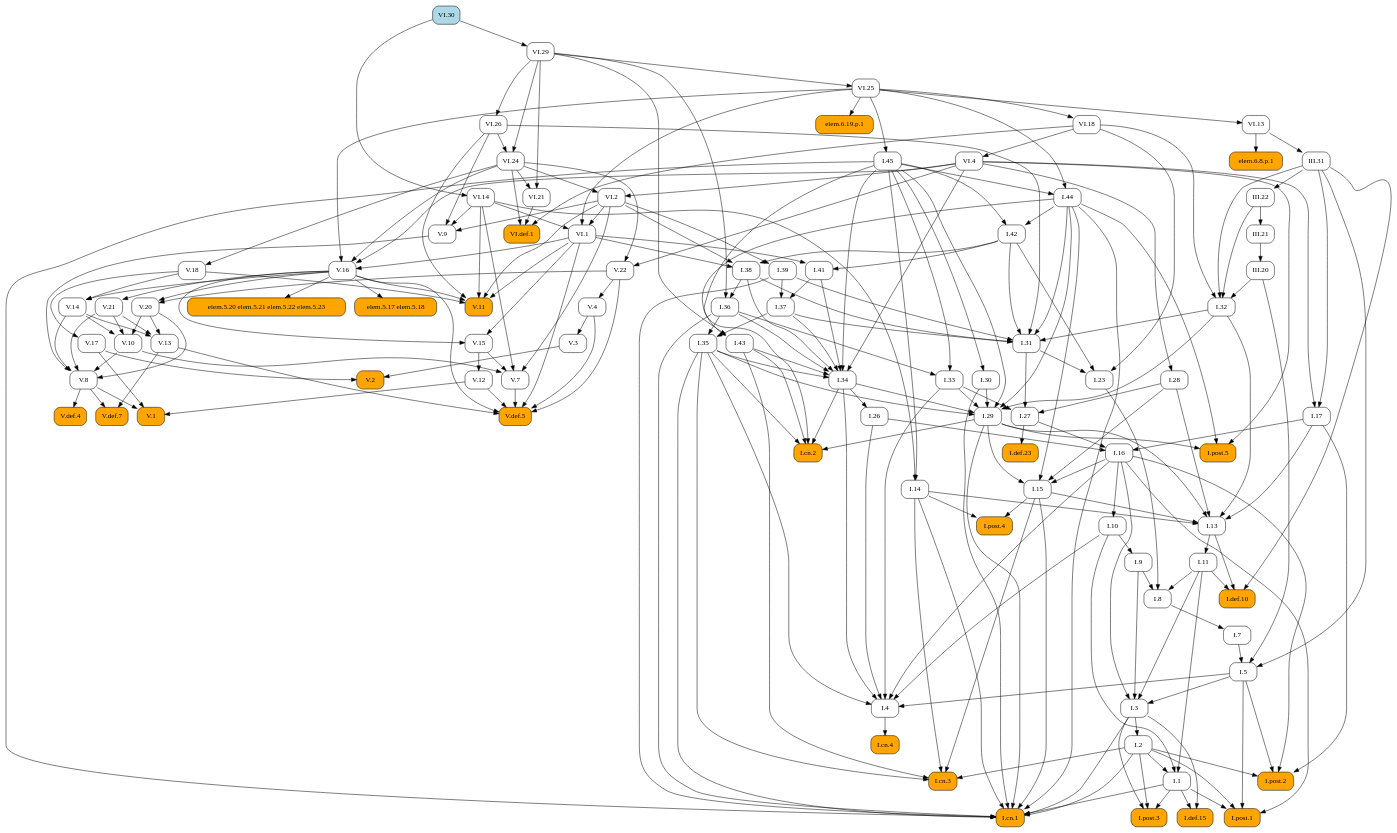
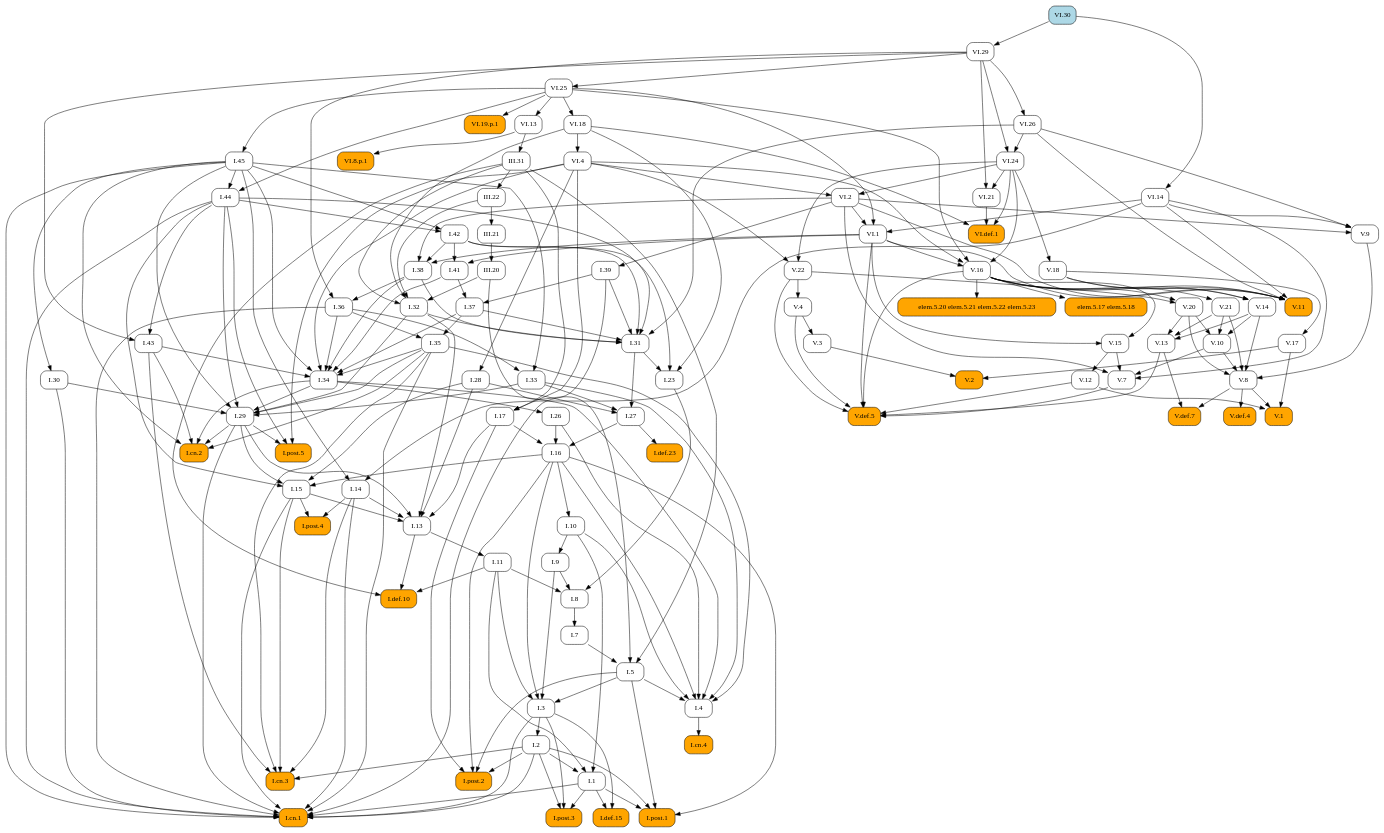
Before and after one commit to geometor/elements: the diagram in docsrc/heath/VI/30/index.rst, drawn with Graphviz. The commit also changed 484 other files, not shown here.

```diff
--- a/docsrc/heath/VI/30/index.rst
+++ b/docsrc/heath/VI/30/index.rst
@@ -73,161 +73,156 @@
    digraph {
      rankdir="TB";
      node [shape=box, style=rounded];
+     "I.23" [URL="/heath/I/23/", target="_top"];
+     "I.9" [URL="/heath/I/9/", target="_top"];
+     "VI.def.1" [style="rounded,filled", fillcolor=orange, URL="/heath/VI/def.1/", target="_top"];
+     "V.13" [URL="/heath/V/13/", target="_top"];
+     "I.def.15" [style="rounded,filled", fillcolor=orange, URL="/heath/I/def.15/", target="_top"];
+     "V.7" [URL="/heath/V/7/", target="_top"];
+     "elem.5.17 elem.5.18" [style="rounded,filled", fillcolor=orange];
+     "I.post.1" [style="rounded,filled", fillcolor=orange, URL="/heath/I/post.1/", target="_top"];
+     "V.14" [URL="/heath/V/14/", target="_top"];
+     "III.20" [URL="/heath/III/20/", target="_top"];
+     "I.43" [URL="/heath/I/43/", target="_top"];
+     "V.9" [URL="/heath/V/9/", target="_top"];
+     "I.30" [URL="/heath/I/30/", target="_top"];
+     "I.31" [URL="/heath/I/31/", target="_top"];
+     "III.22" [URL="/heath/III/22/", target="_top"];
      "I.def.10" [style="rounded,filled", fillcolor=orange, URL="/heath/I/def.10/", target="_top"];
+     "V.10" [URL="/heath/V/10/", target="_top"];
+     "V.4" [URL="/heath/V/4/", target="_top"];
+     "VI.8.p.1" [style="rounded,filled", fillcolor=orange];
+     "VI.1" [URL="/heath/VI/1/", target="_top"];
+     "VI.30" [style="rounded,filled", fillcolor=lightblue, URL="/heath/VI/30/", target="_top"];
+     "VI.14" [URL="/heath/VI/14/", target="_top"];
+     "I.39" [URL="/heath/I/39/", target="_top"];
+     "I.14" [URL="/heath/I/14/", target="_top"];
+     "V.11" [style="rounded,filled", fillcolor=orange, URL="/heath/V/11/", target="_top"];
+     "V.17" [URL="/heath/V/17/", target="_top"];
+     "I.34" [URL="/heath/I/34/", target="_top"];
+     "I.3" [URL="/heath/I/3/", target="_top"];
+     "VI.25" [URL="/heath/VI/25/", target="_top"];
+     "VI.29" [URL="/heath/VI/29/", target="_top"];
+     "V.def.4" [style="rounded,filled", fillcolor=orange, URL="/heath/V/def.4/", target="_top"];
+     "V.def.7" [style="rounded,filled", fillcolor=orange, URL="/heath/V/def.7/", target="_top"];
+     "V.21" [URL="/heath/V/21/", target="_top"];
+     "I.2" [URL="/heath/I/2/", target="_top"];
+     "V.3" [URL="/heath/V/3/", target="_top"];
+     "I.13" [URL="/heath/I/13/", target="_top"];
+     "I.post.4" [style="rounded,filled", fillcolor=orange, URL="/heath/I/post.4/", target="_top"];
+     "I.4" [URL="/heath/I/4/", target="_top"];
+     "I.1" [URL="/heath/I/1/", target="_top"];
+     "I.8" [URL="/heath/I/8/", target="_top"];
+     "I.17" [URL="/heath/I/17/", target="_top"];
+     "I.45" [URL="/heath/I/45/", target="_top"];
+     "I.29" [URL="/heath/I/29/", target="_top"];
+     "V.8" [URL="/heath/V/8/", target="_top"];
+     "I.38" [URL="/heath/I/38/", target="_top"];
+     "VI.24" [URL="/heath/VI/24/", target="_top"];
+     "I.15" [URL="/heath/I/15/", target="_top"];
+     "I.10" [URL="/heath/I/10/", target="_top"];
      "I.11" [URL="/heath/I/11/", target="_top"];
-     "I.post.4" [style="rounded,filled", fillcolor=orange, URL="/heath/I/post.4/", target="_top"];
-     "I.1" [URL="/heath/I/1/", target="_top"];
-     "I.28" [URL="/heath/I/28/", target="_top"];
+     "I.def.23" [style="rounded,filled", fillcolor=orange, URL="/heath/I/def.23/", target="_top"];
+     "VI.21" [URL="/heath/VI/21/", target="_top"];
+     "I.44" [URL="/heath/I/44/", target="_top"];
+     "VI.4" [URL="/heath/VI/4/", target="_top"];
+     "I.26" [URL="/heath/I/26/", target="_top"];
+     "V.16" [URL="/heath/V/16/", target="_top"];
+     "I.33" [URL="/heath/I/33/", target="_top"];
+     "I.32" [URL="/heath/I/32/", target="_top"];
+     "VI.26" [URL="/heath/VI/26/", target="_top"];
+     "I.post.3" [style="rounded,filled", fillcolor=orange, URL="/heath/I/post.3/", target="_top"];
+     "V.def.5" [style="rounded,filled", fillcolor=orange, URL="/heath/V/def.5/", target="_top"];
+     "I.42" [URL="/heath/I/42/", target="_top"];
+     "VI.13" [URL="/heath/VI/13/", target="_top"];
+     "V.20" [URL="/heath/V/20/", target="_top"];
+     "I.27" [URL="/heath/I/27/", target="_top"];
+     "V.12" [URL="/heath/V/12/", target="_top"];
+     "I.35" [URL="/heath/I/35/", target="_top"];
+     "I.cn.1" [style="rounded,filled", fillcolor=orange, URL="/heath/I/cn.1/", target="_top"];
+     "V.2" [style="rounded,filled", fillcolor=orange, URL="/heath/V/2/", target="_top"];
+     "I.7" [URL="/heath/I/7/", target="_top"];
+     "I.36" [URL="/heath/I/36/", target="_top"];
+     "I.5" [URL="/heath/I/5/", target="_top"];
+     "I.37" [URL="/heath/I/37/", target="_top"];
+     "VI.19.p.1" [style="rounded,filled", fillcolor=orange];
+     "V.18" [URL="/heath/V/18/", target="_top"];
+     "I.cn.3" [style="rounded,filled", fillcolor=orange, URL="/heath/I/cn.3/", target="_top"];
+     "I.16" [URL="/heath/I/16/", target="_top"];
+     "III.31" [URL="/heath/III/31/", target="_top"];
      "VI.18" [URL="/heath/VI/18/", target="_top"];
-     "VI.21" [URL="/heath/VI/21/", target="_top"];
-     "V.def.5" [style="rounded,filled", fillcolor=orange, URL="/heath/V/def.5/", target="_top"];
-     "III.20" [URL="/heath/III/20/", target="_top"];
-     "VI.29" [URL="/heath/VI/29/", target="_top"];
-     "III.31" [URL="/heath/III/31/", target="_top"];
-     "V.13" [URL="/heath/V/13/", target="_top"];
-     "V.11" [style="rounded,filled", fillcolor=orange, URL="/heath/V/11/", target="_top"];
-     "VI.30" [style="rounded,filled", fillcolor=lightblue, URL="/heath/VI/30/", target="_top"];
-     "I.post.3" [style="rounded,filled", fillcolor=orange, URL="/heath/I/post.3/", target="_top"];
-     "VI.1" [URL="/heath/VI/1/", target="_top"];
-     "I.cn.3" [style="rounded,filled", fillcolor=orange, URL="/heath/I/cn.3/", target="_top"];
-     "I.14" [URL="/heath/I/14/", target="_top"];
-     "V.16" [URL="/heath/V/16/", target="_top"];
-     "VI.4" [URL="/heath/VI/4/", target="_top"];
-     "V.3" [URL="/heath/V/3/", target="_top"];
-     "I.36" [URL="/heath/I/36/", target="_top"];
-     "V.8" [URL="/heath/V/8/", target="_top"];
-     "I.41" [URL="/heath/I/41/", target="_top"];
-     "I.27" [URL="/heath/I/27/", target="_top"];
-     "I.37" [URL="/heath/I/37/", target="_top"];
-     "I.34" [URL="/heath/I/34/", target="_top"];
-     "I.2" [URL="/heath/I/2/", target="_top"];
-     "I.def.23" [style="rounded,filled", fillcolor=orange, URL="/heath/I/def.23/", target="_top"];
-     "I.33" [URL="/heath/I/33/", target="_top"];
-     "I.17" [URL="/heath/I/17/", target="_top"];
-     "I.post.2" [style="rounded,filled", fillcolor=orange, URL="/heath/I/post.2/", target="_top"];
-     "I.45" [URL="/heath/I/45/", target="_top"];
-     "VI.def.1" [style="rounded,filled", fillcolor=orange, URL="/heath/VI/def.1/", target="_top"];
-     "I.42" [URL="/heath/I/42/", target="_top"];
-     "elem.5.20 elem.5.21 elem.5.22 elem.5.23" [style="rounded,filled", fillcolor=orange];
-     "I.9" [URL="/heath/I/9/", target="_top"];
-     "VI.26" [URL="/heath/VI/26/", target="_top"];
-     "I.32" [URL="/heath/I/32/", target="_top"];
-     "V.def.4" [style="rounded,filled", fillcolor=orange, URL="/heath/V/def.4/", target="_top"];
-     "I.cn.4" [style="rounded,filled", fillcolor=orange, URL="/heath/I/cn.4/", target="_top"];
-     "I.15" [URL="/heath/I/15/", target="_top"];
-     "III.22" [URL="/heath/III/22/", target="_top"];
-     "I.38" [URL="/heath/I/38/", target="_top"];
-     "V.def.7" [style="rounded,filled", fillcolor=orange, URL="/heath/V/def.7/", target="_top"];
-     "I.5" [URL="/heath/I/5/", target="_top"];
-     "V.21" [URL="/heath/V/21/", target="_top"];
-     "I.39" [URL="/heath/I/39/", target="_top"];
-     "I.26" [URL="/heath/I/26/", target="_top"];
-     "V.14" [URL="/heath/V/14/", target="_top"];
-     "I.29" [URL="/heath/I/29/", target="_top"];
-     "V.12" [URL="/heath/V/12/", target="_top"];
+     "V.1" [style="rounded,filled", fillcolor=orange, URL="/heath/V/1/", target="_top"];
      "V.22" [URL="/heath/V/22/", target="_top"];
      "I.cn.2" [style="rounded,filled", fillcolor=orange, URL="/heath/I/cn.2/", target="_top"];
-     "V.20" [URL="/heath/V/20/", target="_top"];
-     "V.10" [URL="/heath/V/10/", target="_top"];
+     "I.post.5" [style="rounded,filled", fillcolor=orange, URL="/heath/I/post.5/", target="_top"];
      "VI.2" [URL="/heath/VI/2/", target="_top"];
-     "I.def.15" [style="rounded,filled", fillcolor=orange, URL="/heath/I/def.15/", target="_top"];
+     "I.cn.4" [style="rounded,filled", fillcolor=orange, URL="/heath/I/cn.4/", target="_top"];
+     "I.28" [URL="/heath/I/28/", target="_top"];
      "V.15" [URL="/heath/V/15/", target="_top"];
-     "I.cn.1" [style="rounded,filled", fillcolor=orange, URL="/heath/I/cn.1/", target="_top"];
-     "I.30" [URL="/heath/I/30/", target="_top"];
-     "V.7" [URL="/heath/V/7/", target="_top"];
-     "V.9" [URL="/heath/V/9/", target="_top"];
-     "V.18" [URL="/heath/V/18/", target="_top"];
-     "I.23" [URL="/heath/I/23/", target="_top"];
-     "VI.25" [URL="/heath/VI/25/", target="_top"];
-     "I.43" [URL="/heath/I/43/", target="_top"];
-     "I.post.1" [style="rounded,filled", fillcolor=orange, URL="/heath/I/post.1/", target="_top"];
-     "elem.6.19.p.1" [style="rounded,filled", fillcolor=orange];
-     "I.35" [URL="/heath/I/35/", target="_top"];
-     "I.7" [URL="/heath/I/7/", target="_top"];
-     "I.3" [URL="/heath/I/3/", target="_top"];
-     "I.4" [URL="/heath/I/4/", target="_top"];
-     "I.13" [URL="/heath/I/13/", target="_top"];
-     "V.17" [URL="/heath/V/17/", target="_top"];
-     "V.4" [URL="/heath/V/4/", target="_top"];
-     "I.31" [URL="/heath/I/31/", target="_top"];
-     "V.1" [style="rounded,filled", fillcolor=orange, URL="/heath/V/1/", target="_top"];
-     "VI.24" [URL="/heath/VI/24/", target="_top"];
-     "I.16" [URL="/heath/I/16/", target="_top"];
-     "elem.5.17 elem.5.18" [style="rounded,filled", fillcolor=orange];
-     "I.8" [URL="/heath/I/8/", target="_top"];
-     "VI.14" [URL="/heath/VI/14/", target="_top"];
-     "V.2" [style="rounded,filled", fillcolor=orange, URL="/heath/V/2/", target="_top"];
-     "VI.13" [URL="/heath/VI/13/", target="_top"];
+     "I.41" [URL="/heath/I/41/", target="_top"];
+     "I.post.2" [style="rounded,filled", fillcolor=orange, URL="/heath/I/post.2/", target="_top"];
      "III.21" [URL="/heath/III/21/", target="_top"];
-     "I.post.5" [style="rounded,filled", fillcolor=orange, URL="/heath/I/post.5/", target="_top"];
-     "I.44" [URL="/heath/I/44/", target="_top"];
-     "elem.6.8.p.1" [style="rounded,filled", fillcolor=orange];
-     "I.10" [URL="/heath/I/10/", target="_top"];
+     "elem.5.20 elem.5.21 elem.5.22 elem.5.23" [style="rounded,filled", fillcolor=orange];
+     "I.31" -> "I.23";
+     "I.42" -> "I.23";
+     "VI.18" -> "I.23";
+     "I.10" -> "I.9";
+     "VI.18" -> "VI.def.1";
+     "VI.21" -> "VI.def.1";
+     "VI.24" -> "VI.def.1";
+     "V.14" -> "V.13";
+     "V.20" -> "V.13";
+     "V.21" -> "V.13";
+     "I.1" -> "I.def.15";
+     "I.3" -> "I.def.15";
+     "V.10" -> "V.7";
+     "V.15" -> "V.7";
+     "VI.2" -> "V.7";
+     "VI.14" -> "V.7";
+     "V.16" -> "elem.5.17 elem.5.18";
+     "I.1" -> "I.post.1";
+     "I.2" -> "I.post.1";
+     "I.5" -> "I.post.1";
+     "I.16" -> "I.post.1";
+     "V.16" -> "V.14";
+     "V.18" -> "V.14";
+     "III.21" -> "III.20";
+     "I.44" -> "I.43";
+     "VI.29" -> "I.43";
+     "VI.2" -> "V.9";
+     "VI.14" -> "V.9";
+     "VI.26" -> "V.9";
+     "I.45" -> "I.30";
+     "I.32" -> "I.31";
+     "I.37" -> "I.31";
+     "I.38" -> "I.31";
+     "I.39" -> "I.31";
+     "I.42" -> "I.31";
+     "I.44" -> "I.31";
+     "VI.26" -> "I.31";
+     "III.31" -> "III.22";
      "I.11" -> "I.def.10";
      "I.13" -> "I.def.10";
      "III.31" -> "I.def.10";
-     "I.13" -> "I.11";
-     "I.14" -> "I.post.4";
-     "I.15" -> "I.post.4";
-     "I.2" -> "I.1";
-     "I.10" -> "I.1";
-     "I.11" -> "I.1";
-     "VI.4" -> "I.28";
-     "VI.25" -> "VI.18";
-     "VI.24" -> "VI.21";
-     "VI.29" -> "VI.21";
-     "V.4" -> "V.def.5";
-     "V.7" -> "V.def.5";
-     "V.12" -> "V.def.5";
-     "V.13" -> "V.def.5";
-     "V.16" -> "V.def.5";
-     "V.22" -> "V.def.5";
-     "VI.1" -> "V.def.5";
-     "III.21" -> "III.20";
-     "VI.30" -> "VI.29";
-     "VI.13" -> "III.31";
-     "V.14" -> "V.13";
-     "V.20" -> "V.13";
-     "V.21" -> "V.13";
+     "V.14" -> "V.10";
+     "V.20" -> "V.10";
+     "V.21" -> "V.10";
+     "V.22" -> "V.4";
+     "VI.13" -> "VI.8.p.1";
+     "VI.2" -> "VI.1";
+     "VI.14" -> "VI.1";
+     "VI.25" -> "VI.1";
+     "VI.30" -> "VI.14";
+     "VI.2" -> "I.39";
+     "I.45" -> "I.14";
+     "VI.14" -> "I.14";
      "V.16" -> "V.11";
      "V.18" -> "V.11";
      "VI.1" -> "V.11";
      "VI.2" -> "V.11";
      "VI.14" -> "V.11";
      "VI.26" -> "V.11";
-     "I.1" -> "I.post.3";
-     "I.2" -> "I.post.3";
-     "I.3" -> "I.post.3";
-     "VI.2" -> "VI.1";
-     "VI.14" -> "VI.1";
-     "VI.25" -> "VI.1";
-     "I.2" -> "I.cn.3";
-     "I.14" -> "I.cn.3";
-     "I.15" -> "I.cn.3";
-     "I.35" -> "I.cn.3";
-     "I.43" -> "I.cn.3";
-     "I.45" -> "I.14";
-     "VI.14" -> "I.14";
-     "VI.1" -> "V.16";
-     "VI.4" -> "V.16";
-     "VI.24" -> "V.16";
-     "VI.25" -> "V.16";
-     "VI.18" -> "VI.4";
-     "V.4" -> "V.3";
-     "I.38" -> "I.36";
-     "VI.29" -> "I.36";
-     "V.9" -> "V.8";
-     "V.10" -> "V.8";
-     "V.14" -> "V.8";
-     "V.20" -> "V.8";
-     "V.21" -> "V.8";
-     "I.42" -> "I.41";
-     "VI.1" -> "I.41";
-     "I.28" -> "I.27";
-     "I.31" -> "I.27";
-     "I.33" -> "I.27";
-     "I.39" -> "I.37";
-     "I.41" -> "I.37";
+     "V.18" -> "V.17";
      "I.35" -> "I.34";
      "I.36" -> "I.34";
      "I.37" -> "I.34";
@@ -236,49 +231,42 @@
      "I.43" -> "I.34";
      "I.45" -> "I.34";
      "VI.4" -> "I.34";
+     "I.5" -> "I.3";
+     "I.9" -> "I.3";
+     "I.11" -> "I.3";
+     "I.16" -> "I.3";
+     "VI.29" -> "VI.25";
+     "VI.30" -> "VI.29";
+     "V.8" -> "V.def.4";
+     "V.8" -> "V.def.7";
+     "V.13" -> "V.def.7";
+     "V.16" -> "V.21";
      "I.3" -> "I.2";
-     "I.27" -> "I.def.23";
-     "I.36" -> "I.33";
-     "I.45" -> "I.33";
+     "V.4" -> "V.3";
+     "I.14" -> "I.13";
+     "I.15" -> "I.13";
+     "I.17" -> "I.13";
+     "I.28" -> "I.13";
+     "I.29" -> "I.13";
+     "I.32" -> "I.13";
+     "I.14" -> "I.post.4";
+     "I.15" -> "I.post.4";
+     "I.5" -> "I.4";
+     "I.10" -> "I.4";
+     "I.16" -> "I.4";
+     "I.26" -> "I.4";
+     "I.33" -> "I.4";
+     "I.34" -> "I.4";
+     "I.35" -> "I.4";
+     "I.2" -> "I.1";
+     "I.10" -> "I.1";
+     "I.11" -> "I.1";
+     "I.9" -> "I.8";
+     "I.11" -> "I.8";
+     "I.23" -> "I.8";
      "III.31" -> "I.17";
      "VI.4" -> "I.17";
-     "I.2" -> "I.post.2";
-     "I.5" -> "I.post.2";
-     "I.16" -> "I.post.2";
-     "I.17" -> "I.post.2";
      "VI.25" -> "I.45";
-     "VI.18" -> "VI.def.1";
-     "VI.21" -> "VI.def.1";
-     "VI.24" -> "VI.def.1";
-     "I.44" -> "I.42";
-     "I.45" -> "I.42";
-     "V.16" -> "elem.5.20 elem.5.21 elem.5.22 elem.5.23";
-     "I.10" -> "I.9";
-     "VI.29" -> "VI.26";
-     "III.20" -> "I.32";
-     "III.22" -> "I.32";
-     "III.31" -> "I.32";
-     "VI.18" -> "I.32";
-     "V.8" -> "V.def.4";
-     "I.4" -> "I.cn.4";
-     "I.16" -> "I.15";
-     "I.28" -> "I.15";
-     "I.29" -> "I.15";
-     "I.44" -> "I.15";
-     "III.31" -> "III.22";
-     "I.42" -> "I.38";
-     "VI.1" -> "I.38";
-     "VI.2" -> "I.38";
-     "V.8" -> "V.def.7";
-     "V.13" -> "V.def.7";
-     "I.7" -> "I.5";
-     "III.20" -> "I.5";
-     "III.31" -> "I.5";
-     "V.16" -> "V.21";
-     "VI.2" -> "I.39";
-     "I.34" -> "I.26";
-     "V.16" -> "V.14";
-     "V.18" -> "V.14";
      "I.30" -> "I.29";
      "I.32" -> "I.29";
      "I.33" -> "I.29";
@@ -286,25 +274,61 @@
      "I.35" -> "I.29";
      "I.44" -> "I.29";
      "I.45" -> "I.29";
-     "V.15" -> "V.12";
-     "VI.4" -> "V.22";
-     "VI.24" -> "V.22";
-     "I.29" -> "I.cn.2";
-     "I.34" -> "I.cn.2";
-     "I.35" -> "I.cn.2";
-     "I.43" -> "I.cn.2";
-     "I.45" -> "I.cn.2";
+     "V.9" -> "V.8";
+     "V.10" -> "V.8";
+     "V.14" -> "V.8";
+     "V.20" -> "V.8";
+     "V.21" -> "V.8";
+     "I.42" -> "I.38";
+     "VI.1" -> "I.38";
+     "VI.2" -> "I.38";
+     "VI.26" -> "VI.24";
+     "VI.29" -> "VI.24";
+     "I.16" -> "I.15";
+     "I.28" -> "I.15";
+     "I.29" -> "I.15";
+     "I.44" -> "I.15";
+     "I.16" -> "I.10";
+     "I.13" -> "I.11";
+     "I.27" -> "I.def.23";
+     "VI.24" -> "VI.21";
+     "VI.29" -> "VI.21";
+     "I.45" -> "I.44";
+     "VI.25" -> "I.44";
+     "VI.18" -> "VI.4";
+     "I.34" -> "I.26";
+     "VI.1" -> "V.16";
+     "VI.4" -> "V.16";
+     "VI.24" -> "V.16";
+     "VI.25" -> "V.16";
+     "I.36" -> "I.33";
+     "I.45" -> "I.33";
+     "III.20" -> "I.32";
+     "III.22" -> "I.32";
+     "III.31" -> "I.32";
+     "VI.18" -> "I.32";
+     "VI.29" -> "VI.26";
+     "I.1" -> "I.post.3";
+     "I.2" -> "I.post.3";
+     "I.3" -> "I.post.3";
+     "V.4" -> "V.def.5";
+     "V.7" -> "V.def.5";
+     "V.12" -> "V.def.5";
+     "V.13" -> "V.def.5";
+     "V.16" -> "V.def.5";
+     "V.22" -> "V.def.5";
+     "VI.1" -> "V.def.5";
+     "I.44" -> "I.42";
+     "I.45" -> "I.42";
+     "VI.25" -> "VI.13";
      "V.16" -> "V.20";
      "V.22" -> "V.20";
-     "V.14" -> "V.10";
-     "V.20" -> "V.10";
-     "V.21" -> "V.10";
-     "VI.4" -> "VI.2";
-     "VI.24" -> "VI.2";
-     "I.1" -> "I.def.15";
-     "I.3" -> "I.def.15";
-     "V.16" -> "V.15";
-     "VI.1" -> "V.15";
+     "I.28" -> "I.27";
+     "I.31" -> "I.27";
+     "I.33" -> "I.27";
+     "V.15" -> "V.12";
+     "I.36" -> "I.35";
+     "I.37" -> "I.35";
      "I.1" -> "I.cn.1";
      "I.2" -> "I.cn.1";
      "I.3" -> "I.cn.1";
@@ -317,77 +341,53 @@
      "I.39" -> "I.cn.1";
      "I.44" -> "I.cn.1";
      "I.45" -> "I.cn.1";
-     "I.45" -> "I.30";
-     "V.10" -> "V.7";
-     "V.15" -> "V.7";
-     "VI.2" -> "V.7";
-     "VI.14" -> "V.7";
-     "VI.2" -> "V.9";
-     "VI.14" -> "V.9";
-     "VI.26" -> "V.9";
+     "V.3" -> "V.2";
+     "V.17" -> "V.2";
+     "I.8" -> "I.7";
+     "I.38" -> "I.36";
+     "VI.29" -> "I.36";
+     "I.7" -> "I.5";
+     "III.20" -> "I.5";
+     "III.31" -> "I.5";
+     "I.39" -> "I.37";
+     "I.41" -> "I.37";
+     "VI.25" -> "VI.19.p.1";
      "VI.24" -> "V.18";
-     "I.31" -> "I.23";
-     "I.42" -> "I.23";
-     "VI.18" -> "I.23";
-     "VI.29" -> "VI.25";
-     "I.44" -> "I.43";
-     "VI.29" -> "I.43";
-     "I.1" -> "I.post.1";
-     "I.2" -> "I.post.1";
-     "I.5" -> "I.post.1";
-     "I.16" -> "I.post.1";
-     "VI.25" -> "elem.6.19.p.1";
-     "I.36" -> "I.35";
-     "I.37" -> "I.35";
-     "I.8" -> "I.7";
-     "I.5" -> "I.3";
-     "I.9" -> "I.3";
-     "I.11" -> "I.3";
-     "I.16" -> "I.3";
-     "I.5" -> "I.4";
-     "I.10" -> "I.4";
-     "I.16" -> "I.4";
-     "I.26" -> "I.4";
-     "I.33" -> "I.4";
-     "I.34" -> "I.4";
-     "I.35" -> "I.4";
-     "I.14" -> "I.13";
-     "I.15" -> "I.13";
-     "I.17" -> "I.13";
-     "I.28" -> "I.13";
-     "I.29" -> "I.13";
-     "I.32" -> "I.13";
-     "V.18" -> "V.17";
-     "V.22" -> "V.4";
-     "I.32" -> "I.31";
-     "I.37" -> "I.31";
-     "I.38" -> "I.31";
-     "I.39" -> "I.31";
-     "I.42" -> "I.31";
-     "I.44" -> "I.31";
-     "VI.26" -> "I.31";
+     "I.2" -> "I.cn.3";
+     "I.14" -> "I.cn.3";
+     "I.15" -> "I.cn.3";
+     "I.35" -> "I.cn.3";
+     "I.43" -> "I.cn.3";
+     "I.17" -> "I.16";
+     "I.26" -> "I.16";
+     "I.27" -> "I.16";
+     "VI.13" -> "III.31";
+     "VI.25" -> "VI.18";
      "V.8" -> "V.1";
      "V.12" -> "V.1";
      "V.17" -> "V.1";
-     "VI.26" -> "VI.24";
-     "VI.29" -> "VI.24";
-     "I.17" -> "I.16";
-     "I.26" -> "I.16";
-     "I.27" -> "I.16";
-     "V.16" -> "elem.5.17 elem.5.18";
-     "I.9" -> "I.8";
-     "I.11" -> "I.8";
-     "I.23" -> "I.8";
-     "VI.30" -> "VI.14";
-     "V.3" -> "V.2";
-     "V.17" -> "V.2";
-     "VI.25" -> "VI.13";
-     "III.22" -> "III.21";
+     "VI.4" -> "V.22";
+     "VI.24" -> "V.22";
+     "I.29" -> "I.cn.2";
+     "I.34" -> "I.cn.2";
+     "I.35" -> "I.cn.2";
+     "I.43" -> "I.cn.2";
+     "I.45" -> "I.cn.2";
      "I.29" -> "I.post.5";
      "I.44" -> "I.post.5";
      "VI.4" -> "I.post.5";
-     "I.45" -> "I.44";
-     "VI.25" -> "I.44";
-     "VI.13" -> "elem.6.8.p.1";
-     "I.16" -> "I.10";
+     "VI.4" -> "VI.2";
+     "VI.24" -> "VI.2";
+     "I.4" -> "I.cn.4";
+     "VI.4" -> "I.28";
+     "V.16" -> "V.15";
+     "VI.1" -> "V.15";
+     "I.42" -> "I.41";
+     "VI.1" -> "I.41";
+     "I.2" -> "I.post.2";
+     "I.5" -> "I.post.2";
+     "I.16" -> "I.post.2";
+     "I.17" -> "I.post.2";
+     "III.22" -> "III.21";
+     "V.16" -> "elem.5.20 elem.5.21 elem.5.22 elem.5.23";
    }
```
